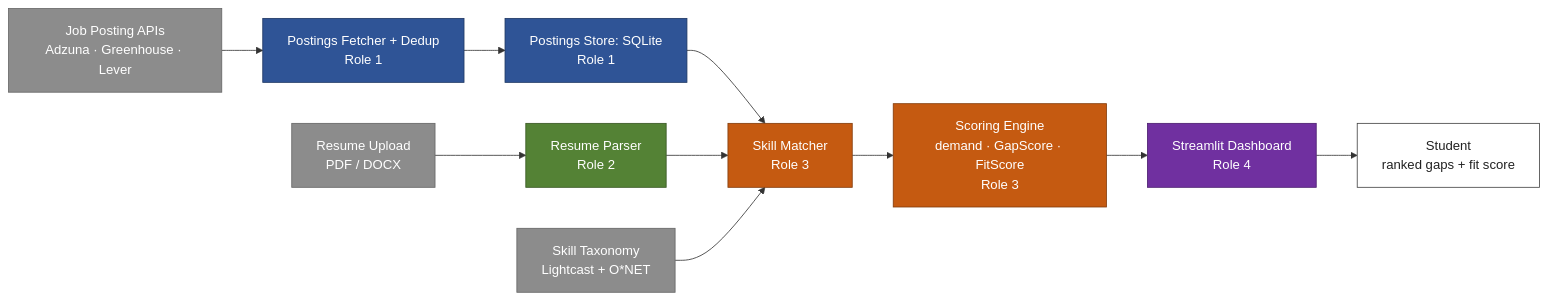
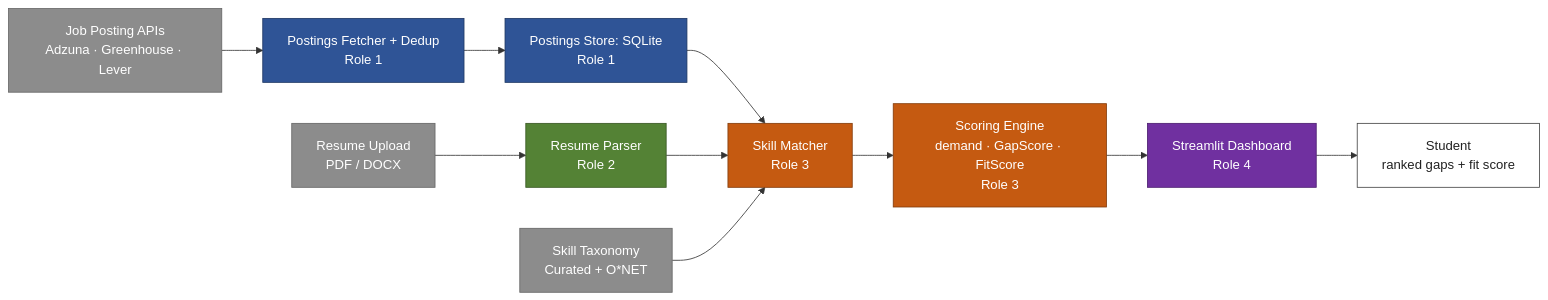
One commit to luislimon12/skills_gap_analyzer changed the diagram in docs/Job Posting Skills Gap Analyzer - SparkNotes.md. Above: the diagram before and after it, drawn with Mermaid. The commit also changed other lines of this file and 40 other files, not shown here.

````diff
--- a/docs/Job Posting Skills Gap Analyzer - SparkNotes.md
+++ b/docs/Job Posting Skills Gap Analyzer - SparkNotes.md
@@ -33,32 +33,32 @@
 ```mermaid
 flowchart LR
     A[Job Posting APIs<br/>Adzuna · Greenhouse · Lever]
     B[Resume Upload<br/>PDF / DOCX]
-    TAX[Skill Taxonomy<br/>Lightcast + O*NET]
+    TAX[Skill Taxonomy<br/>Curated + O*NET]
     C[Postings Fetcher + Dedup<br/>Role 1]
     D[Resume Parser<br/>Role 2]
     E[Postings Store: SQLite<br/>Role 1]
     F[Skill Matcher<br/>Role 3]
     G[Scoring Engine<br/>demand · GapScore · FitScore<br/>Role 3]
     H[Streamlit Dashboard<br/>Role 4]
     I[Student<br/>ranked gaps + fit score]
 
     A --> C --> E --> F
     B --> D --> F
     TAX --> F
     F --> G --> H --> I
 
     classDef ext fill:#8C8C8C,stroke:#666,color:#fff
     classDef role1 fill:#2F5496,stroke:#1F3864,color:#fff
     classDef role2 fill:#548235,stroke:#385723,color:#fff
     classDef role3 fill:#C55A11,stroke:#833C0C,color:#fff
     classDef role4 fill:#7030A0,stroke:#4C1F70,color:#fff
     classDef out fill:#ffffff,stroke:#444,color:#222
 
     class A,B,TAX ext
     class C,E role1
     class D role2
     class F,G role3
     class H role4
     class I out
 ```
````
